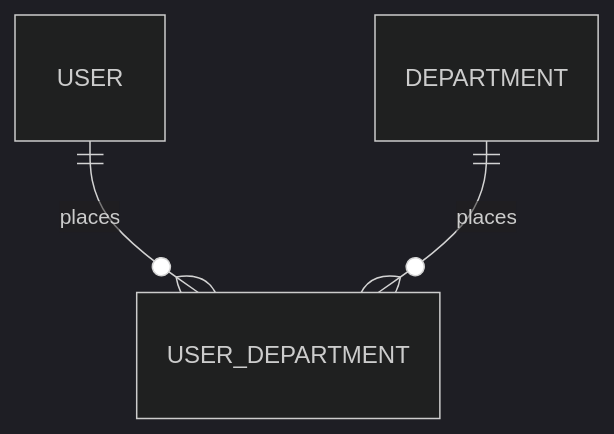
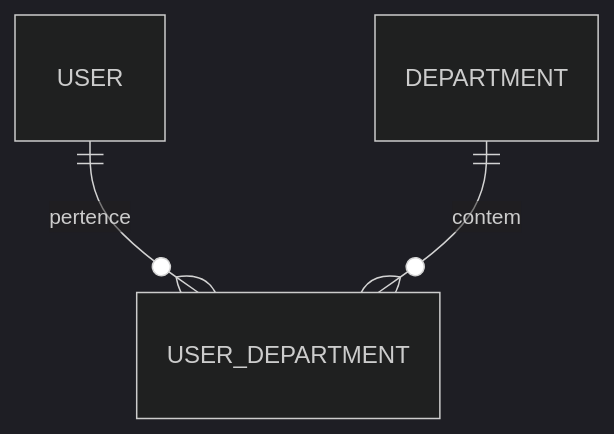
One commit to jimskay/api_rest changed the diagram in README.md. Above: the diagram before and after it, drawn with Mermaid (dark theme).

````diff
--- a/README.md
+++ b/README.md
@@ -269,7 +269,7 @@
 ```mermaid
 
 erDiagram
-    USER ||--o{ USER_DEPARTMENT : places
-    DEPARTMENT ||--o{ USER_DEPARTMENT : places
+    USER ||--o{ USER_DEPARTMENT : pertence
+    DEPARTMENT ||--o{ USER_DEPARTMENT : contem
 
 ```
````
